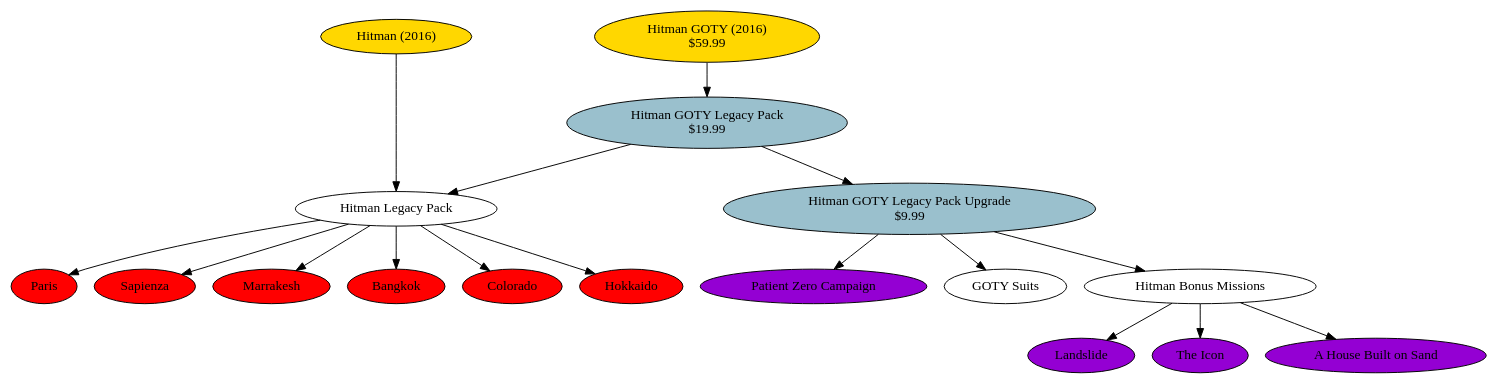
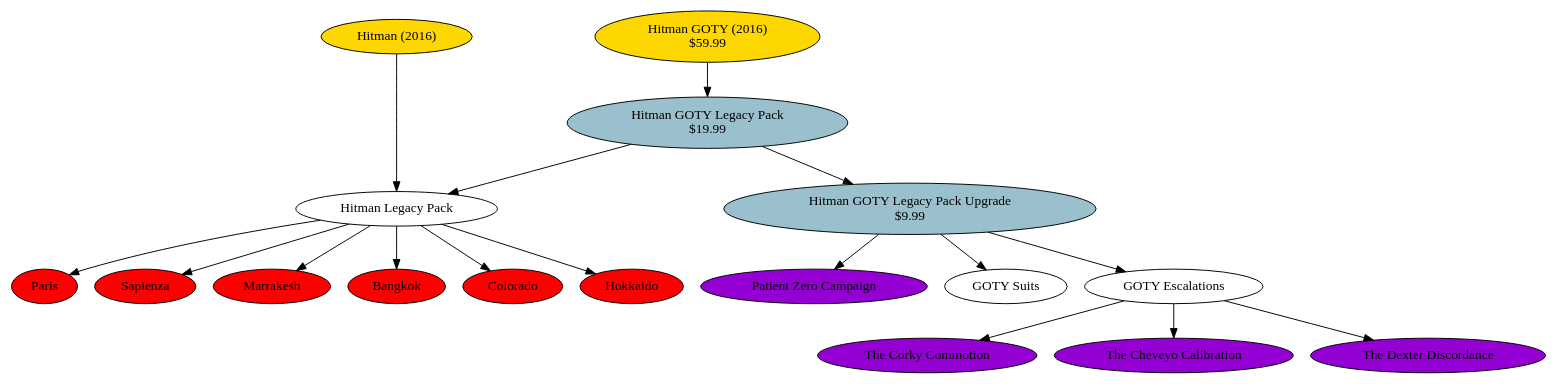
The diagram in hitman.dot (FrederikNS/hitman-graphs), drawn with Graphviz before and after one commit.

Commit message:
Corrected the Hitman (2016) graph
I mistakenly thought the GOTY unlocked the Bonus Mission, but in reality it unlocked 3 Escalation Missions instead

```diff
--- a/hitman.dot
+++ b/hitman.dot
@@ -1,45 +1,45 @@
 digraph G {
     "Paris" [style=filled,fillcolor=red]
     "Sapienza" [style=filled,fillcolor=red]
     "Marrakesh" [style=filled,fillcolor=red]
     "Bangkok" [style=filled,fillcolor=red]
     "Colorado" [style=filled,fillcolor=red]
     "Hokkaido" [style=filled,fillcolor=red]
     
     "Hitman (2016)" [style=filled,fillcolor=gold]
     "Hitman GOTY (2016)\n$59.99" [style=filled,fillcolor=gold]
     
     "Hitman GOTY Legacy Pack\n$19.99" [style=filled,fillcolor=lightblue3]
     "Hitman GOTY Legacy Pack Upgrade\n$9.99" [style=filled,fillcolor=lightblue3]
     
     "Patient Zero Campaign" [style=filled,fillcolor=darkviolet]
-    "Landslide" [style=filled,fillcolor=darkviolet]
-    "The Icon" [style=filled,fillcolor=darkviolet]
-    "A House Built on Sand" [style=filled,fillcolor=darkviolet]
+    "The Corky Commotion" [style=filled,fillcolor=darkviolet]
+    "The Cheveyo Calibration" [style=filled,fillcolor=darkviolet]
+    "The Dexter Discordance" [style=filled,fillcolor=darkviolet]
     
     "Hitman (2016)" -> "Hitman Legacy Pack"
     "Hitman Legacy Pack" -> "Paris"
     "Hitman Legacy Pack" -> "Sapienza"
     "Hitman Legacy Pack" -> "Marrakesh"
     "Hitman Legacy Pack" -> "Bangkok"
     "Hitman Legacy Pack" -> "Colorado"
     "Hitman Legacy Pack" -> "Hokkaido"
 
     "Hitman GOTY (2016)\n$59.99" -> "Hitman GOTY Legacy Pack\n$19.99"
     "Hitman GOTY Legacy Pack\n$19.99" -> "Hitman Legacy Pack"
     "Hitman GOTY Legacy Pack\n$19.99" -> "Hitman GOTY Legacy Pack Upgrade\n$9.99"
     
     "Hitman GOTY Legacy Pack Upgrade\n$9.99" -> "Patient Zero Campaign"
     "Hitman GOTY Legacy Pack Upgrade\n$9.99" -> "GOTY Suits"
-    "Hitman GOTY Legacy Pack Upgrade\n$9.99" -> "Hitman Bonus Missions"
+    "Hitman GOTY Legacy Pack Upgrade\n$9.99" -> "GOTY Escalations"
     
-    "Hitman Bonus Missions" -> "Landslide"
-    "Hitman Bonus Missions" -> "The Icon"
-    "Hitman Bonus Missions" -> "A House Built on Sand"
+    "GOTY Escalations" -> "The Corky Commotion"
+    "GOTY Escalations" -> "The Cheveyo Calibration"
+    "GOTY Escalations" -> "The Dexter Discordance"
     
     {
         rank = same;
         "Hitman GOTY (2016)\n$59.99";
         "Hitman (2016)"
     }
 }
```
